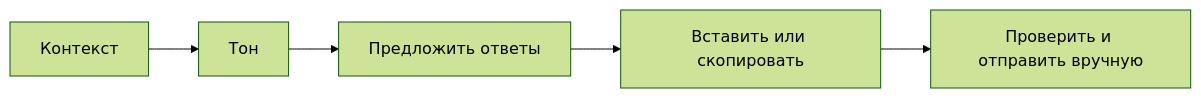
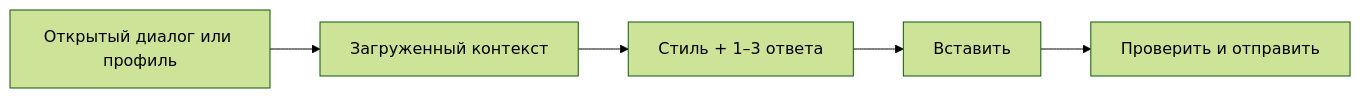
One commit to kostia7alania/replylab-extension changed the diagram in README.md. Above: the diagram before and after it, drawn with Mermaid (forest theme). The commit also changed other lines of this file and 50 other files, not shown here.

````diff
--- a/README.md
+++ b/README.md
@@ -36,7 +35,7 @@
 ```mermaid
 flowchart LR
-    A[Контекст] --> B[Тон]
-    B --> C[Предложить ответы]
-    C --> D[Вставить или скопировать]
-    D --> E[Проверить и отправить вручную]
+  A[Открытый диалог или профиль] --> B[Загруженный контекст]
+  B --> C[Стиль + 1–3 ответа]
+  C --> D[Вставить]
+  D --> E[Проверить и отправить]
 ```
````
